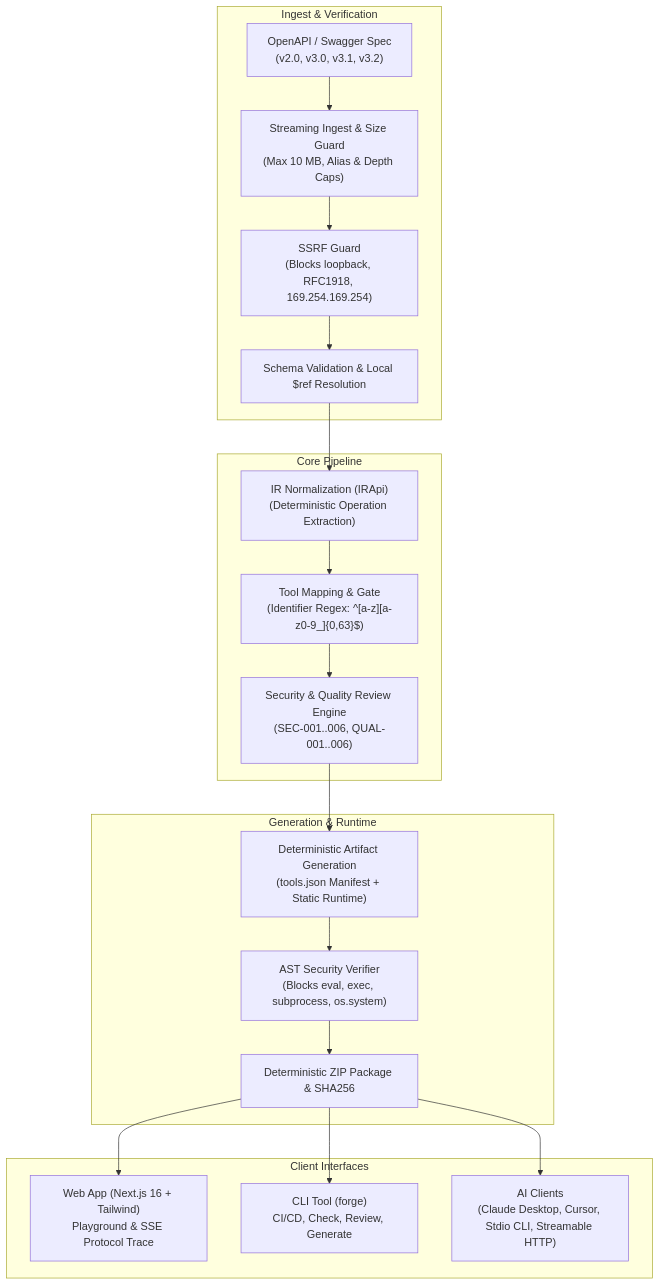
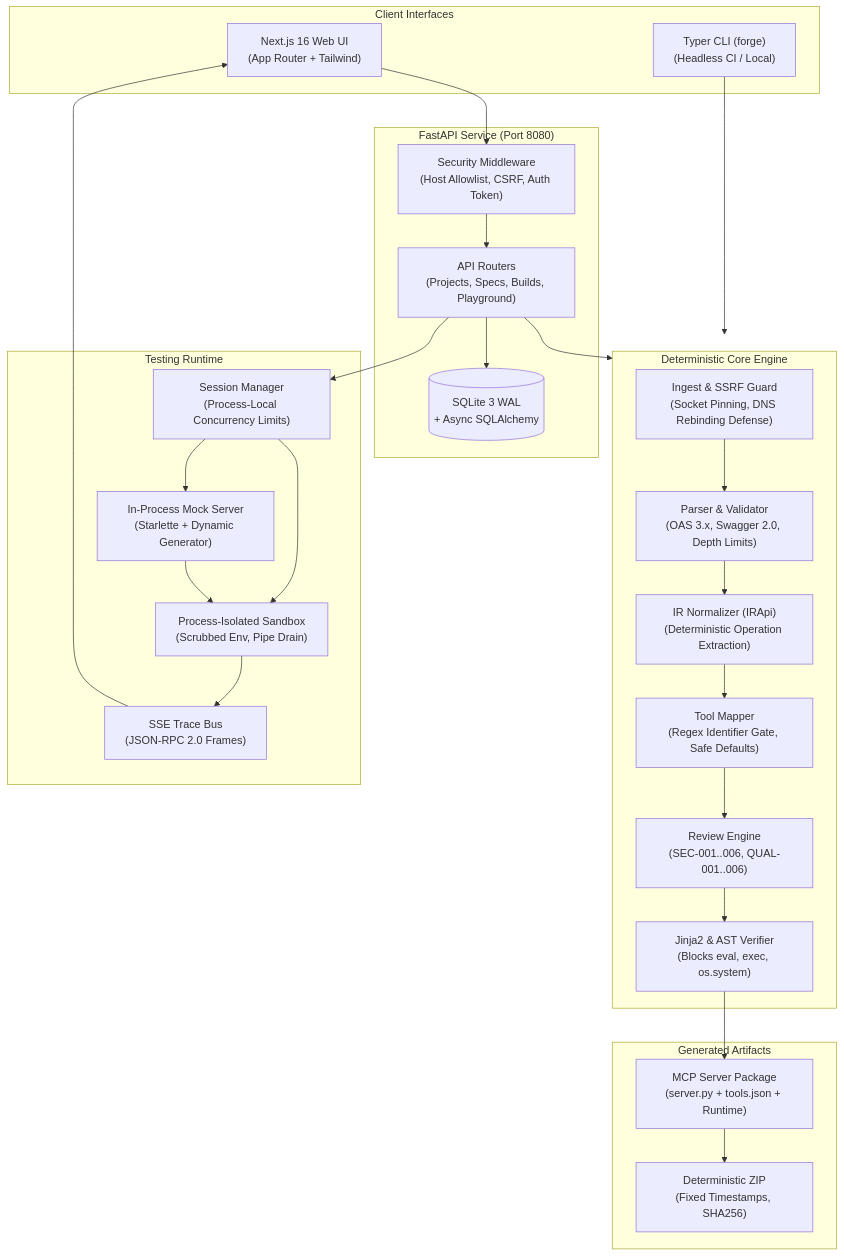
The first of 2 diagrams in README.md (varunahuja70/MCP-Server-Generator), drawn with Mermaid before and after one commit. The commit also changed other lines of this file and 14 other files, not shown here.

Commit message:
feat(repo): audit, harden playground isolation and host headers, and redesign README

````diff
--- a/README.md
+++ b/README.md
@@ -32,26 +35,48 @@
 ```mermaid
 flowchart TD
-    subgraph Ingest & Verification
-        A["OpenAPI / Swagger Spec\n(v2.0, v3.0, v3.1, v3.2)"] --> B["Streaming Ingest & Size Guard\n(Max 10 MB, Alias & Depth Caps)"]
-        B --> C["SSRF Guard\n(Blocks loopback, RFC1918, 169.254.169.254)"]
-        C --> D["Schema Validation & Local $ref Resolution"]
+    subgraph Client ["Client Interfaces"]
+        UI["Next.js 16 Web UI\n(App Router + Tailwind)"]
+        CLI["Typer CLI (forge)\n(Headless CI / Local)"]
     end
 
-    subgraph Core Pipeline
-        D --> E["IR Normalization (IRApi)\n(Deterministic Operation Extraction)"]
-        E --> F["Tool Mapping & Gate\n(Identifier Regex: ^[a-z][a-z0-9_]{0,63}$)"]
-        F --> G["Security & Quality Review Engine\n(SEC-001..006, QUAL-001..006)"]
+    subgraph API ["FastAPI Service (Port 8080)"]
+        ROUTER["API Routers\n(Projects, Specs, Builds, Playground)"]
+        AUTH["Security Middleware\n(Host Allowlist, CSRF, Auth Token)"]
+        DB[(SQLite 3 WAL\n+ Async SQLAlchemy)]
     end
 
-    subgraph Generation & Runtime
-        G --> H["Deterministic Artifact Generation\n(tools.json Manifest + Static Runtime)"]
-        H --> I["AST Security Verifier\n(Blocks eval, exec, subprocess, os.system)"]
-        I --> J["Deterministic ZIP Package & SHA256"]
+    subgraph Core ["Deterministic Core Engine"]
+        INGEST["Ingest & SSRF Guard\n(Socket Pinning, DNS Rebinding Defense)"]
+        PARSE["Parser & Validator\n(OAS 3.x, Swagger 2.0, Depth Limits)"]
+        IR["IR Normalizer (IRApi)\n(Deterministic Operation Extraction)"]
+        MAP["Tool Mapper\n(Regex Identifier Gate, Safe Defaults)"]
+        REVIEW["Review Engine\n(SEC-001..006, QUAL-001..006)"]
+        RENDER["Jinja2 & AST Verifier\n(Blocks eval, exec, os.system)"]
     end
 
-    subgraph Client Interfaces
-        J --> K["Web App (Next.js 16 + Tailwind)\nPlayground & SSE Protocol Trace"]
-        J --> L["CLI Tool (forge)\nCI/CD, Check, Review, Generate"]
-        J --> M["AI Clients\n(Claude Desktop, Cursor, Stdio CLI, Streamable HTTP)"]
+    subgraph Playground ["Testing Runtime"]
+        MGR["Session Manager\n(Process-Local Concurrency Limits)"]
+        SB["Process-Isolated Sandbox\n(Scrubbed Env, Pipe Drain)"]
+        MOCK["In-Process Mock Server\n(Starlette + Dynamic Generator)"]
+        TRACE["SSE Trace Bus\n(JSON-RPC 2.0 Frames)"]
     end
+
+    subgraph Output ["Generated Artifacts"]
+        SRV["MCP Server Package\n(server.py + tools.json + Runtime)"]
+        ZIP["Deterministic ZIP\n(Fixed Timestamps, SHA256)"]
+    end
+
+    UI --> AUTH
+    CLI --> Core
+    AUTH --> ROUTER
+    ROUTER --> DB
+    ROUTER --> Core
+    INGEST --> PARSE --> IR --> MAP --> REVIEW --> RENDER
+    RENDER --> SRV --> ZIP
+    ROUTER --> MGR
+    MGR --> SB
+    MGR --> MOCK
+    SB --> TRACE
+    MOCK --> SB
+    TRACE --> UI
 ```
````
